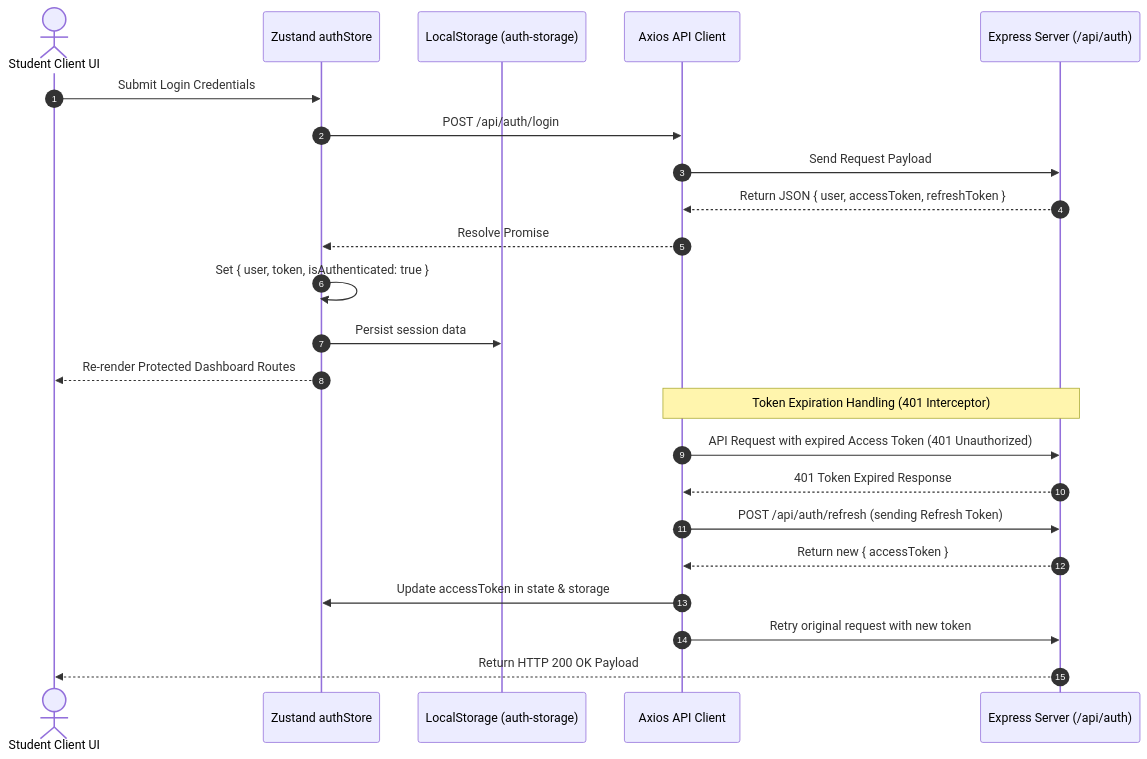
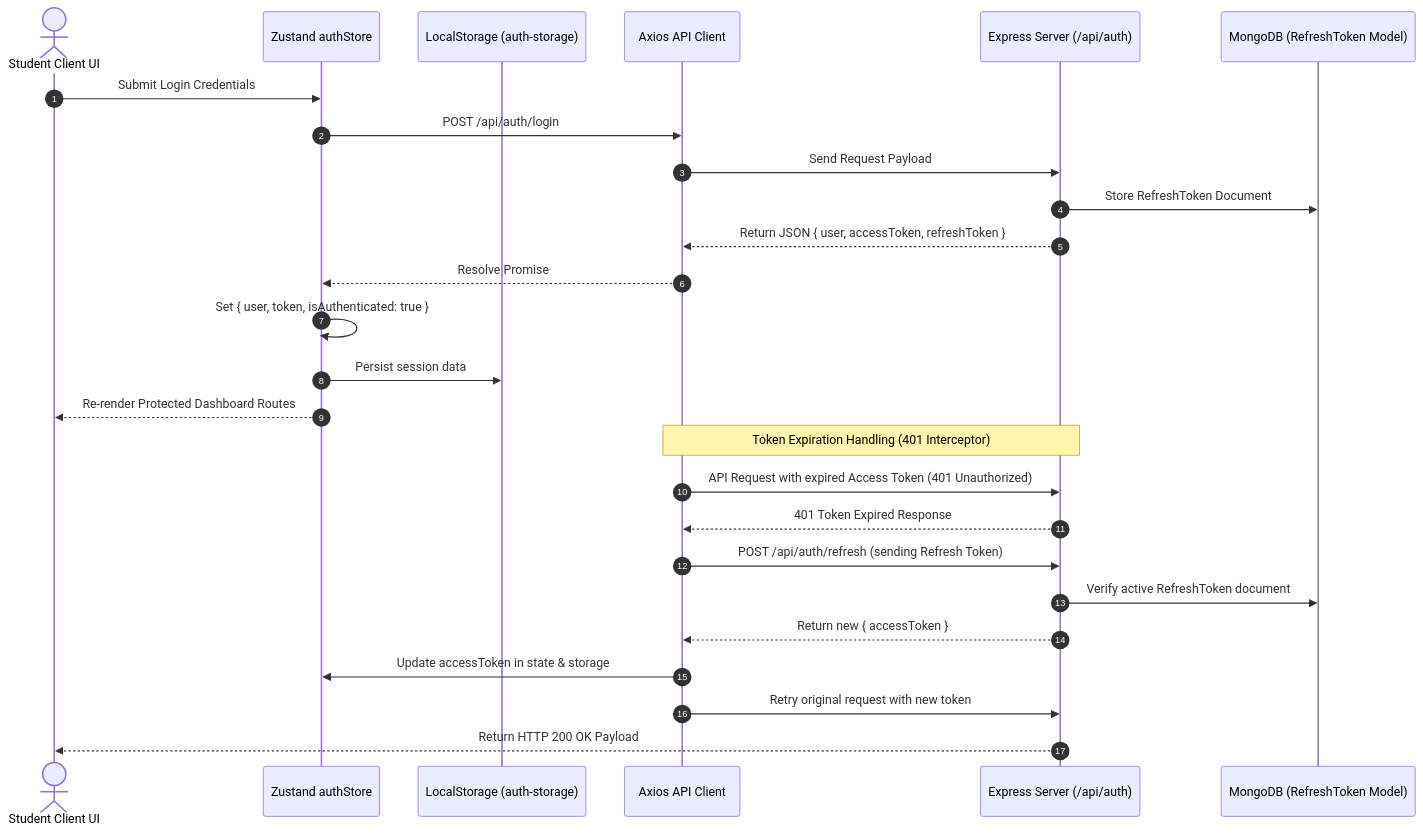
Before and after one commit to Aditya-Naikwadi/bookbuddy: the second of 8 diagrams in README.md, drawn with Mermaid. The commit also changed other lines of this file and 103 other files, not shown here.

````diff
--- a/README.md
+++ b/README.md
@@ -120,27 +126,30 @@
 ```mermaid
 sequenceDiagram
     autonumber
     actor Student as Student Client UI
     participant Store as Zustand authStore
     participant Storage as LocalStorage (auth-storage)
     participant Axios as Axios API Client
     participant API as Express Server (/api/auth)
+    participant DB as MongoDB (RefreshToken Model)
 
     Student->>Store: Submit Login Credentials
     Store->>Axios: POST /api/auth/login
     Axios->>API: Send Request Payload
+    API->>DB: Store RefreshToken Document
     API-->>Axios: Return JSON { user, accessToken, refreshToken }
     Axios-->>Store: Resolve Promise
     Store->>Store: Set { user, token, isAuthenticated: true }
     Store->>Storage: Persist session data
     Store-->>Student: Re-render Protected Dashboard Routes
 
     Note over Axios,API: Token Expiration Handling (401 Interceptor)
     Axios->>API: API Request with expired Access Token (401 Unauthorized)
     API-->>Axios: 401 Token Expired Response
     Axios->>API: POST /api/auth/refresh (sending Refresh Token)
+    API->>DB: Verify active RefreshToken document
     API-->>Axios: Return new { accessToken }
     Axios->>Store: Update accessToken in state & storage
     Axios->>API: Retry original request with new token
     API-->>Student: Return HTTP 200 OK Payload
 ```
````
